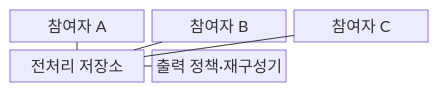
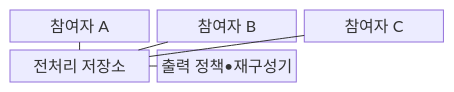
Before and after one commit to agnusdei1207/knowledge-base: the first of 2 diagrams in src/content/docs/notes/05-security/017_secure_multi_party_computation.md, drawn with Mermaid. The commit also changed other lines of this file and 953 other files, not shown here.

````diff
--- a/src/content/docs/notes/05-security/017_secure_multi_party_computation.md
+++ b/src/content/docs/notes/05-security/017_secure_multi_party_computation.md
@@ -69,13 +69,13 @@
 ```mermaid
 block-beta
     columns 3
     A["참여자 A"]
     B["참여자 B"]
     C["참여자 C"]
     P["전처리 저장소"]
-    O["출력 정책·재구성기"]
+    O["출력 정책•재구성기"]
     A --- P
     B --- P
     C --- P
     P --- O
 ```
````
